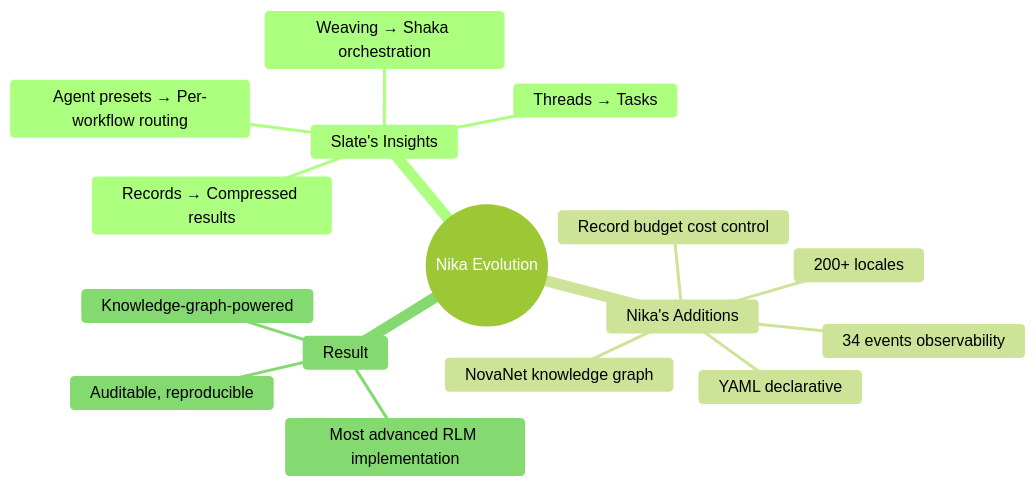
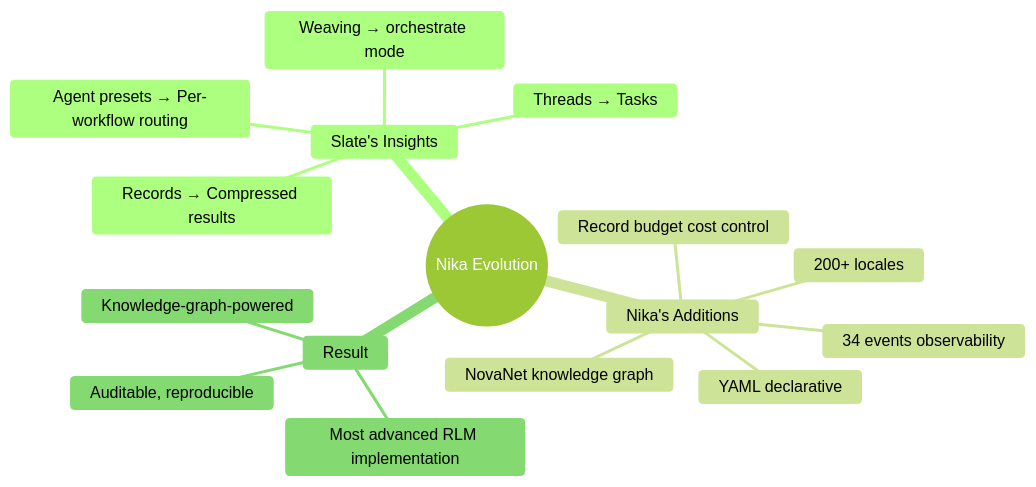
The eighth of 8 diagrams in docs/vision/07-slate-deep-integration.md (supernovae-st/nika), drawn with Mermaid (forest theme) before and after one commit. The commit also changed other lines of this file and 72 other files, not shown here.

````diff
--- a/docs/vision/07-slate-deep-integration.md
+++ b/docs/vision/07-slate-deep-integration.md
@@ -487,19 +495,19 @@
 ```mermaid
 mindmap
     root((Nika Evolution))
         Slate's Insights
             Threads → Tasks
             Records → Compressed results
-            Weaving → Shaka orchestration
+            Weaving → orchestrate mode
             Agent presets → Per-workflow routing
         Nika's Additions
             YAML declarative
             NovaNet knowledge graph
             34 events observability
             Record budget cost control
             200+ locales
         Result
             Most advanced RLM implementation
             Auditable, reproducible
             Knowledge-graph-powered
 ```
````
